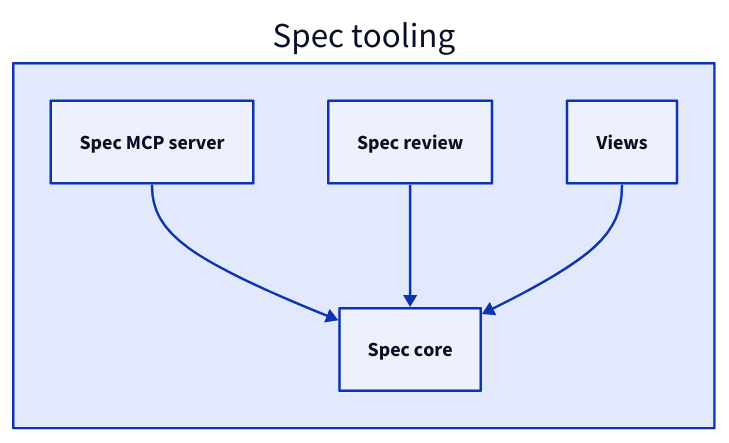
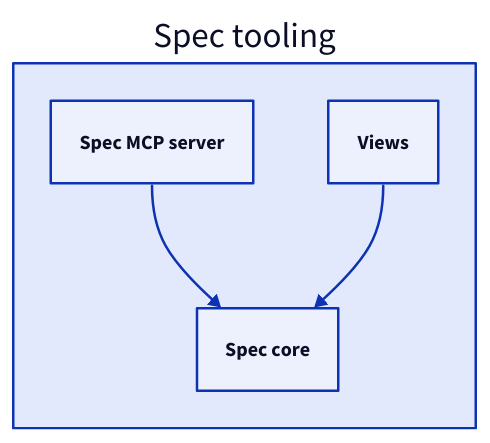
Before and after one commit to FTOD/concorde: the first of 2 diagrams in specs/concorde/spec-tooling/module.md, drawn with D2. The commit also changed other lines of this file and 109 other files, not shown here.

````diff
--- a/specs/concorde/spec-tooling/module.md
+++ b/specs/concorde/spec-tooling/module.md
@@ -21,11 +25,9 @@
 ```d2
 tooling: Spec tooling {
   core: Spec core
   mcp: Spec MCP server
-  review: Spec review
   views: Views
   mcp -> core
-  review -> core
   views -> core
 }
 ```
````
